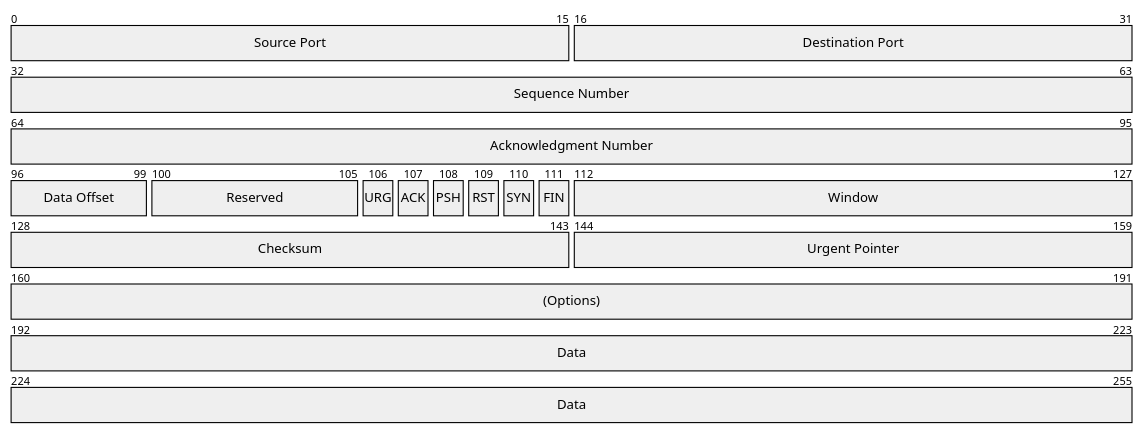
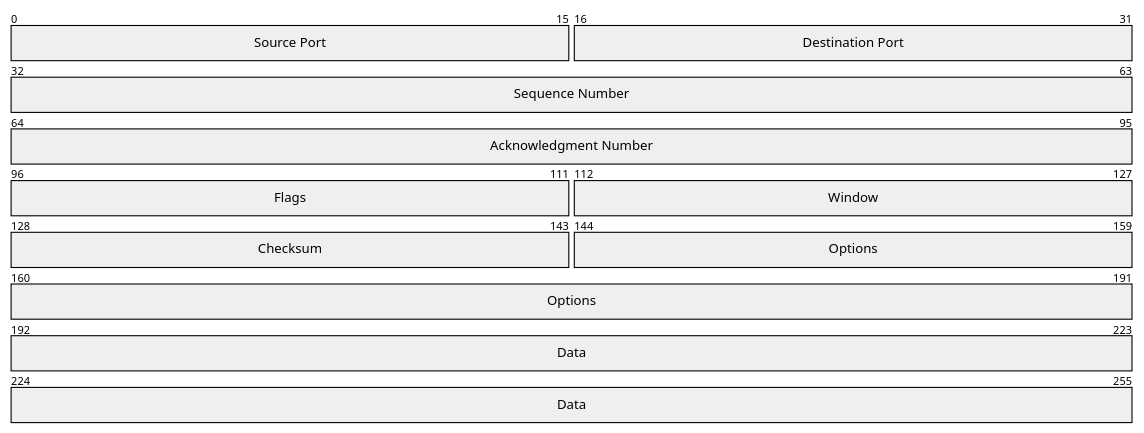
The ninth of 10 diagrams in .agents/tools/diagrams/mermaid-diagrams-skill/references/ARCHITECTURE.md (johnwaldo/aidevops), drawn with Mermaid before and after one commit. The commit also changed other lines of this file, not shown here.

First line of the commit message:
t9374: tighten mermaid ARCHITECTURE.md from 454 to 250 lines (#11054)

````diff
--- a/.agents/tools/diagrams/mermaid-diagrams-skill/references/ARCHITECTURE.md
+++ b/.agents/tools/diagrams/mermaid-diagrams-skill/references/ARCHITECTURE.md
@@ -381,20 +226,12 @@
 ```mermaid
 packet-beta
     0-15: "Source Port"
     16-31: "Destination Port"
     32-63: "Sequence Number"
     64-95: "Acknowledgment Number"
-    96-99: "Data Offset"
-    100-105: "Reserved"
-    106: "URG"
-    107: "ACK"
-    108: "PSH"
-    109: "RST"
-    110: "SYN"
-    111: "FIN"
+    96-111: "Flags"
     112-127: "Window"
     128-143: "Checksum"
-    144-159: "Urgent Pointer"
-    160-191: "(Options)"
+    144-191: "Options"
     192-255: "Data"
 ```
````
